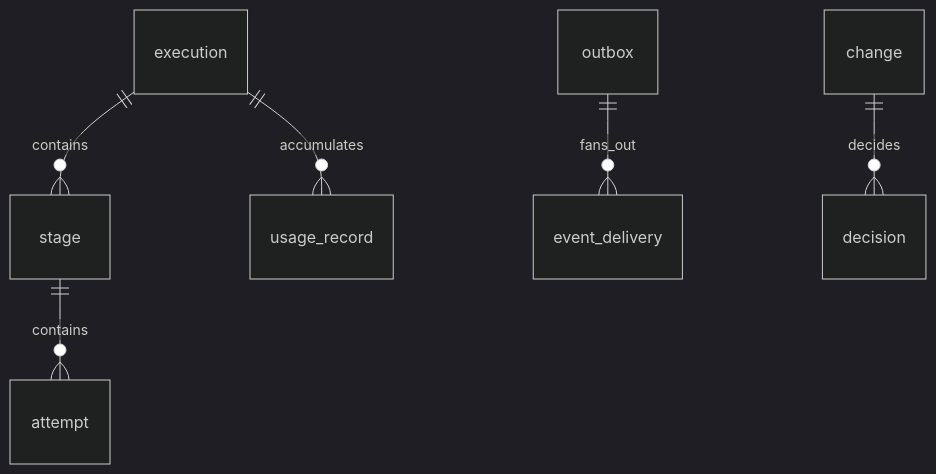
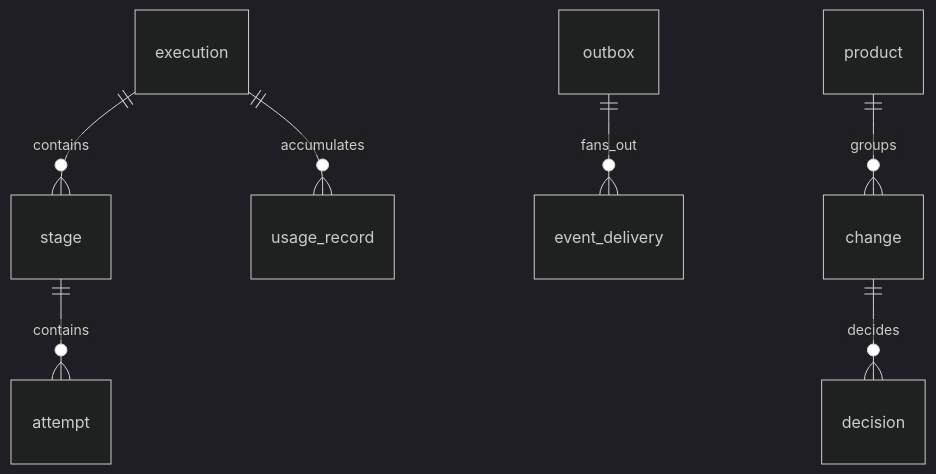
One commit to vadagama/dark-factory-mvp changed the fourth of 5 diagrams in docs/descriptions/orchestration-flow-and-state.md. Above: the diagram before and after it, drawn with Mermaid (dark theme). The commit also changed other lines of this file and 1 other file, not shown here.

Commit message:
docs(t065): record the product aggregate in the state docs and tracker

````diff
--- a/docs/descriptions/orchestration-flow-and-state.md
+++ b/docs/descriptions/orchestration-flow-and-state.md
@@ -273,8 +273,9 @@
 ```mermaid
 erDiagram
     execution ||--o{ stage : contains
     stage ||--o{ attempt : contains
     execution ||--o{ usage_record : accumulates
     outbox ||--o{ event_delivery : fans_out
     change ||--o{ decision : decides
+    product ||--o{ change : groups
 ```
````
